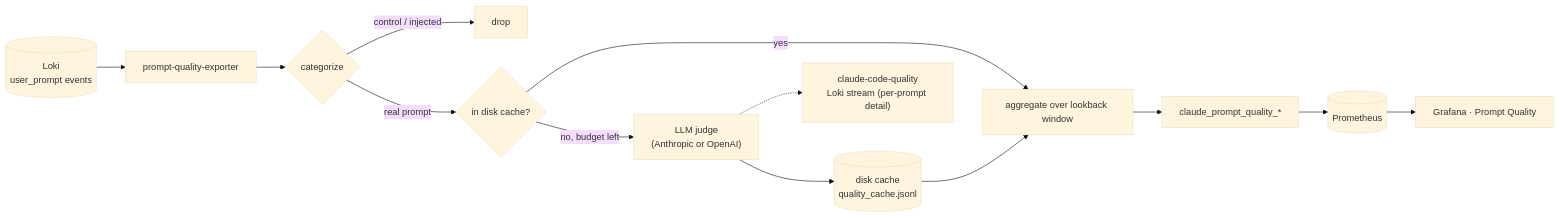
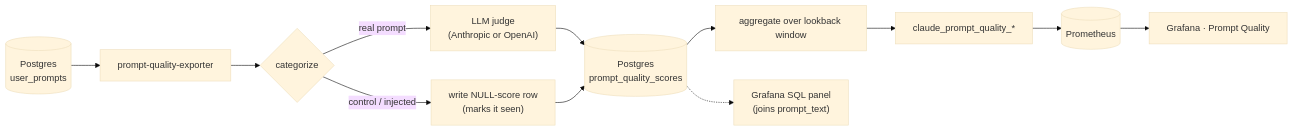
The diagram in prompt-quality-exporter/README.md (cognitive-ops/token-guard), drawn with Mermaid (base theme) before and after one commit. The commit also changed other lines of this file and 6 other files, not shown here.

Commit message:
feat: refactor prompt-quality exporter to use Postgres for scoring and data storage

````diff
--- a/prompt-quality-exporter/README.md
+++ b/prompt-quality-exporter/README.md
@@ -8,14 +8,13 @@
 ```mermaid
 flowchart LR
-    LK[("Loki<br/>user_prompt events")] --> EX["prompt-quality-exporter"]
+    PG1[("Postgres<br/>user_prompts")] --> EX["prompt-quality-exporter"]
     EX --> F{"categorize"}
-    F -- "control / injected" --> X["drop"]
-    F -- real prompt --> CH{"in disk cache?"}
-    CH -- yes --> AGG
-    CH -- no, budget left --> LLM["LLM judge<br/>(Anthropic or OpenAI)"]
-    LLM --> CACHE[("disk cache<br/>quality_cache.jsonl")]
-    CACHE --> AGG["aggregate over lookback window"]
+    F -- "control / injected" --> SKIP["write NULL-score row<br/>(marks it seen)"]
+    F -- real prompt --> LLM["LLM judge<br/>(Anthropic or OpenAI)"]
+    LLM --> PG2[("Postgres<br/>prompt_quality_scores")]
+    SKIP --> PG2
+    PG2 --> AGG["aggregate over lookback window"]
     AGG --> G["claude_prompt_quality_*"]
     G --> PR[("Prometheus")] --> GR["Grafana · Prompt Quality"]
-    LLM -.-> WB["claude-code-quality<br/>Loki stream (per-prompt detail)"]
+    PG2 -.-> DD["Grafana SQL panel<br/>(joins prompt_text)"]
 ```
````
